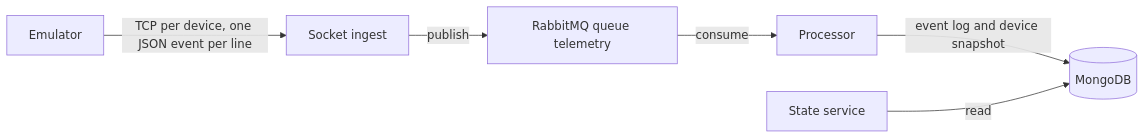
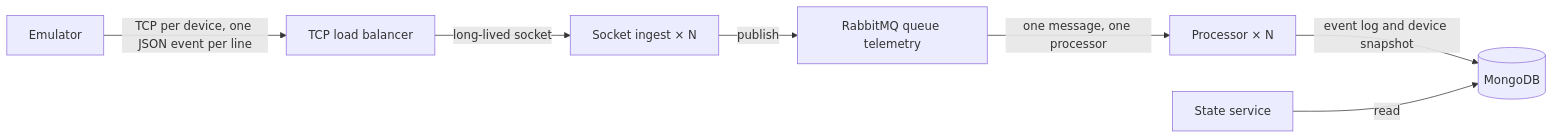
The diagram in docs/architecture.md (littlewhywhat/rabbitmq-exercise), drawn with Mermaid before and after one commit. The commit also changed other lines of this file and 3 other files, not shown here.

````diff
--- a/docs/architecture.md
+++ b/docs/architecture.md
@@ -3,15 +3,17 @@
 ```mermaid
 flowchart LR
   emulator[Emulator]
-  ingest[Socket ingest]
+  lb["TCP load balancer"]
+  ingest["Socket ingest × N"]
   rabbit[RabbitMQ queue telemetry]
-  processor[Processor]
+  processor["Processor × N"]
   mongo[(MongoDB)]
   state[State service]
 
-  emulator -->|TCP per device, one JSON event per line| ingest
+  emulator -->|TCP per device, one JSON event per line| lb
+  lb -->|long-lived socket| ingest
   ingest -->|publish| rabbit
-  rabbit -->|consume| processor
+  rabbit -->|one message, one processor| processor
   processor -->|event log and device snapshot| mongo
   state -->|read| mongo
 ```
````
